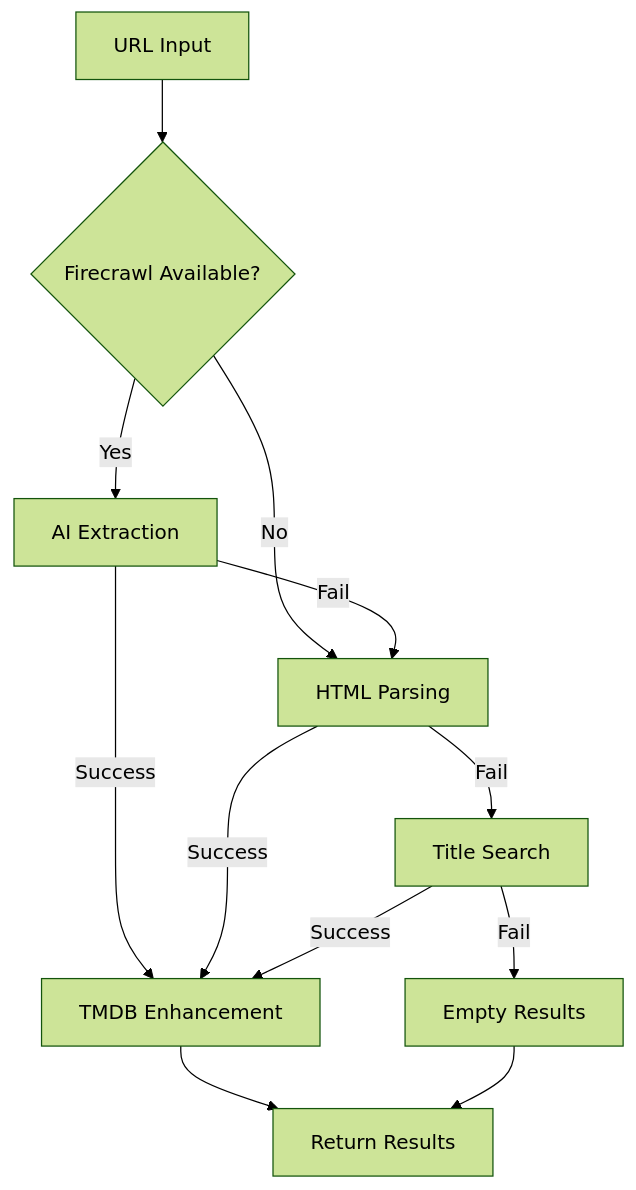
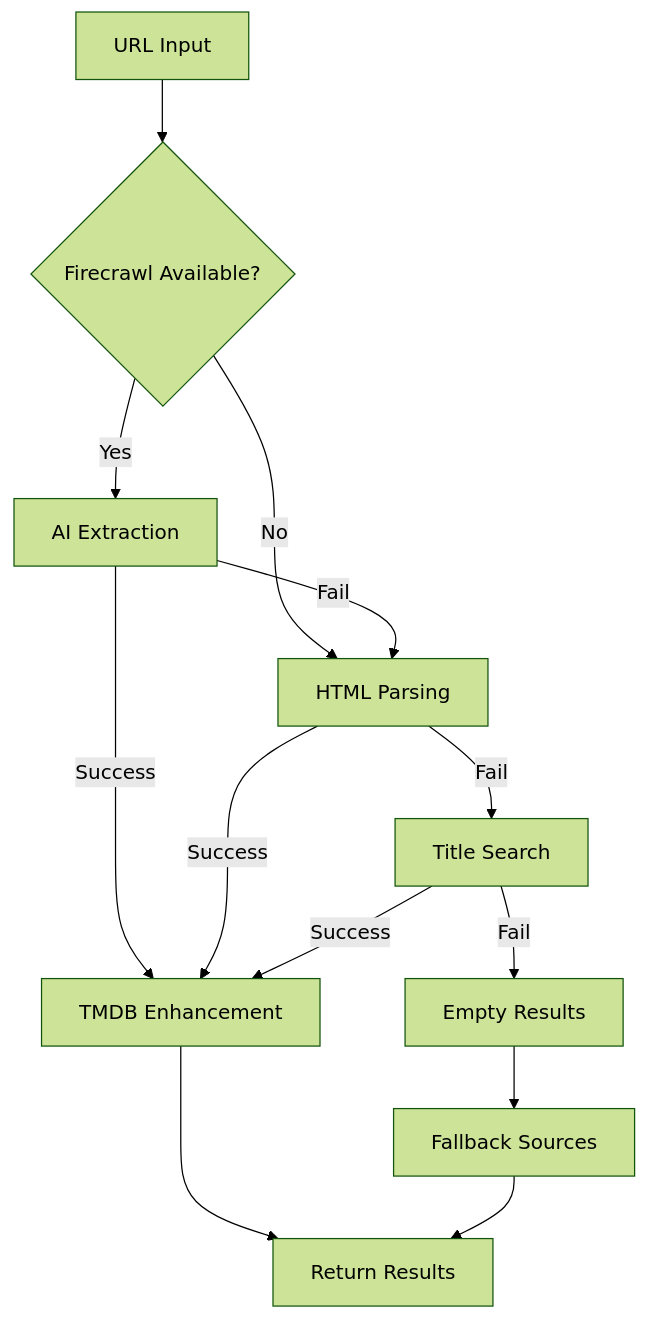
One commit to MajorAaron/visual-stream-finder changed the second of 2 diagrams in docs/edge-functions/search-content.md. Above: the diagram before and after it, drawn with Mermaid (forest theme). The commit also changed other lines of this file and 15 other files, not shown here.

````diff
--- a/docs/edge-functions/search-content.md
+++ b/docs/edge-functions/search-content.md
@@ -249,15 +249,16 @@
 ```mermaid
 graph TD
     A[URL Input] --> B{Firecrawl Available?}
     B -->|Yes| C[AI Extraction]
     B -->|No| D[HTML Parsing]
     C -->|Fail| D
     D -->|Fail| E[Title Search]
     E -->|Fail| F[Empty Results]
     
     C -->|Success| G[TMDB Enhancement]
     D -->|Success| G
     E -->|Success| G
     G --> H[Return Results]
-    F --> H
+    F --> I[Fallback Sources]
+    I --> H
 ```
````
